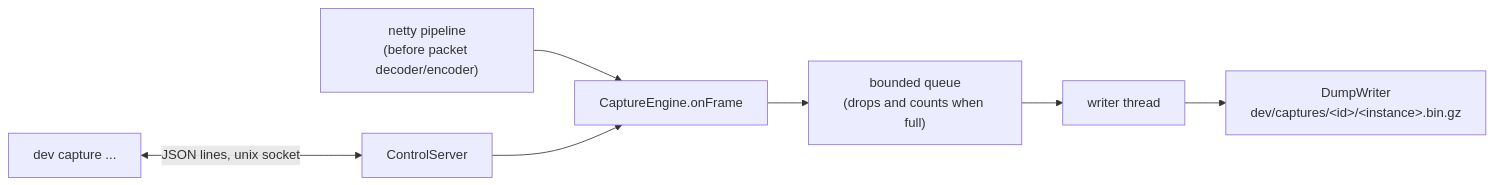
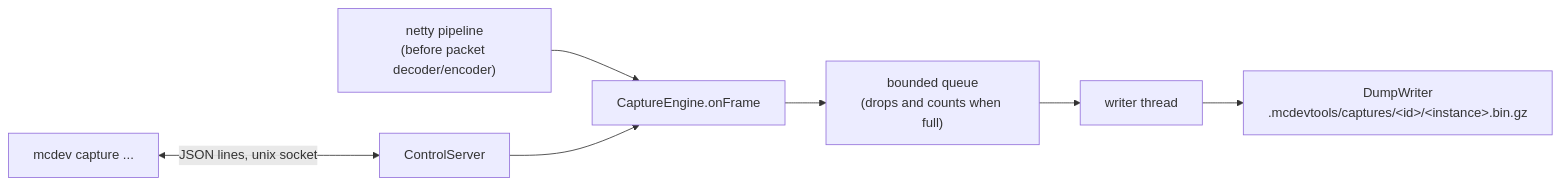
The diagram in docs/capture.md (Paradisu/mcdevtools), drawn with Mermaid before and after one commit. The commit also changed other lines of this file and 6 other files, not shown here.

````diff
--- a/docs/capture.md
+++ b/docs/capture.md
@@ -106,9 +106,9 @@
 ```mermaid
 flowchart LR
     N["netty pipeline<br/>(before packet decoder/encoder)"] --> E["CaptureEngine.onFrame"]
     E --> Q["bounded queue<br/>(drops and counts when full)"]
     Q --> W["writer thread"]
-    W --> D["DumpWriter<br/>dev/captures/&lt;id&gt;/&lt;instance&gt;.bin.gz"]
-    CLI["dev capture ..."] <-->|"JSON lines, unix socket"| C["ControlServer"]
+    W --> D["DumpWriter<br/>.mcdevtools/captures/&lt;id&gt;/&lt;instance&gt;.bin.gz"]
+    CLI["mcdev capture ..."] <-->|"JSON lines, unix socket"| C["ControlServer"]
     C --> E
 ```
````
